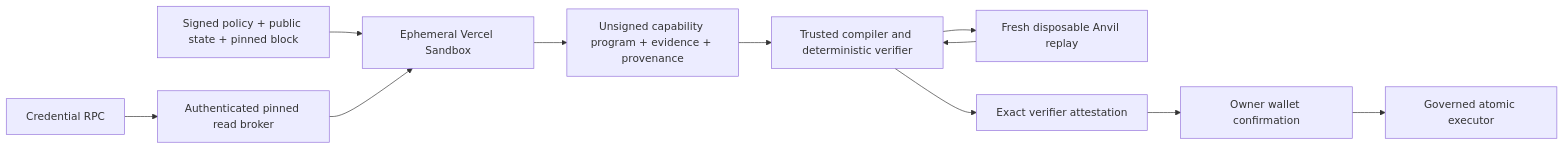
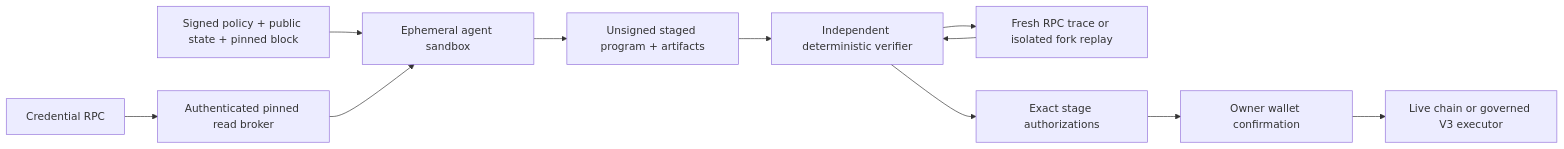
One commit to SebastianBoehler/cobia changed the diagram in docs/coding-agent-sandbox-v1.md. Above: the diagram before and after it, drawn with Mermaid. The commit also changed other lines of this file and 7 other files, not shown here.

Commit message:
docs(architecture): finish open v3 release plan

````diff
--- a/docs/coding-agent-sandbox-v1.md
+++ b/docs/coding-agent-sandbox-v1.md
@@ -26,13 +36,13 @@
 ```mermaid
 flowchart LR
-  I[Signed policy + public state + pinned block] --> S[Ephemeral Vercel Sandbox]
+  I[Signed policy + public state + pinned block] --> S[Ephemeral agent sandbox]
   R[Credential RPC] --> B[Authenticated pinned read broker]
   B --> S
-  S --> P[Unsigned capability program + evidence + provenance]
-  P --> V[Trusted compiler and deterministic verifier]
-  V --> F[Fresh disposable Anvil replay]
+  S --> P[Unsigned staged program + artifacts]
+  P --> V[Independent deterministic verifier]
+  V --> F[Fresh RPC trace or isolated fork replay]
   F --> V
-  V --> A[Exact verifier attestation]
+  V --> A[Exact stage authorizations]
   A --> W[Owner wallet confirmation]
-  W --> X[Governed atomic executor]
+  W --> X[Live chain or governed V3 executor]
 ```
````
